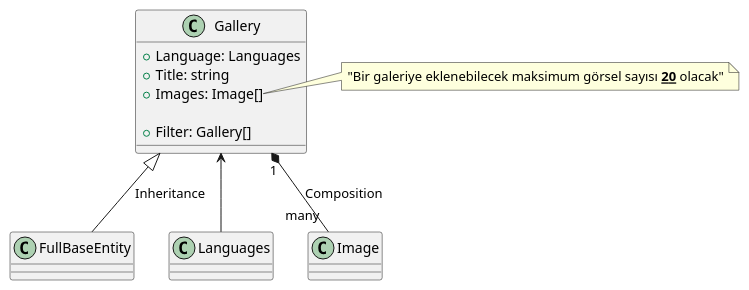
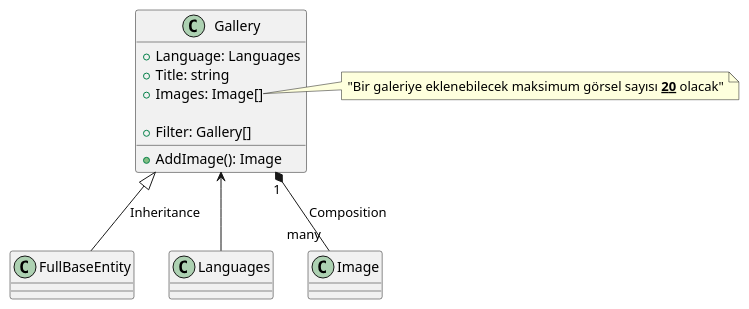
One commit to evrendev/sport-club changed the diagram in uml/Gallery/Gallery.puml. Above: the diagram before and after it, drawn with PlantUML. The commit also changed 12 other files, not shown here.

Commit message:
Uml diagrams updated

```diff
--- a/uml/Gallery/Gallery.puml
+++ b/uml/Gallery/Gallery.puml
@@ -1,19 +1,20 @@
 @startuml Gallery Class Diagram
 
 class Gallery  {
     + Language: Languages
     + Title: string
     + Images: Image[]
 
     + Filter: Gallery[]
+    + AddImage(): Image
 }
 
 note right of Gallery::Images 
 "Bir galeriye eklenebilecek maksimum görsel sayısı <b><u>20</u></b> olacak"
 end note
 
 Gallery <|-- FullBaseEntity: Inheritance
 Gallery <-- Languages 
 Gallery "1" *-- "many" Image: Composition
  
 @enduml
```
